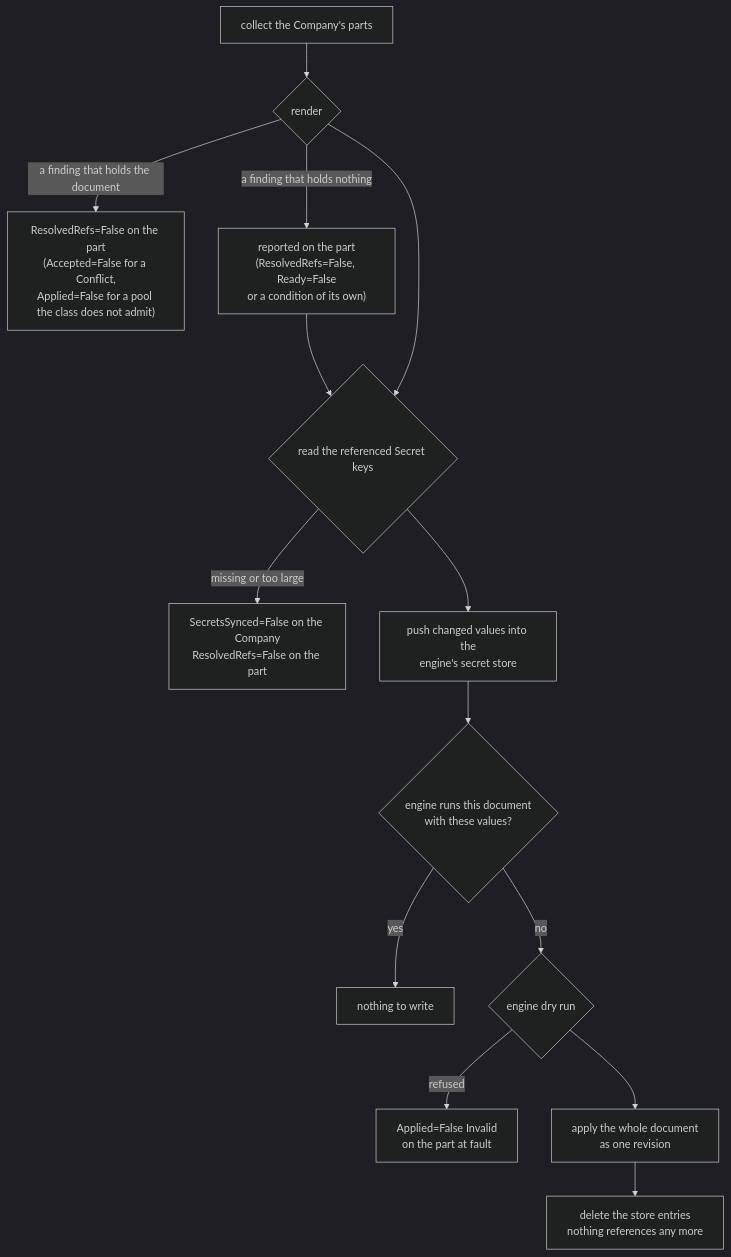
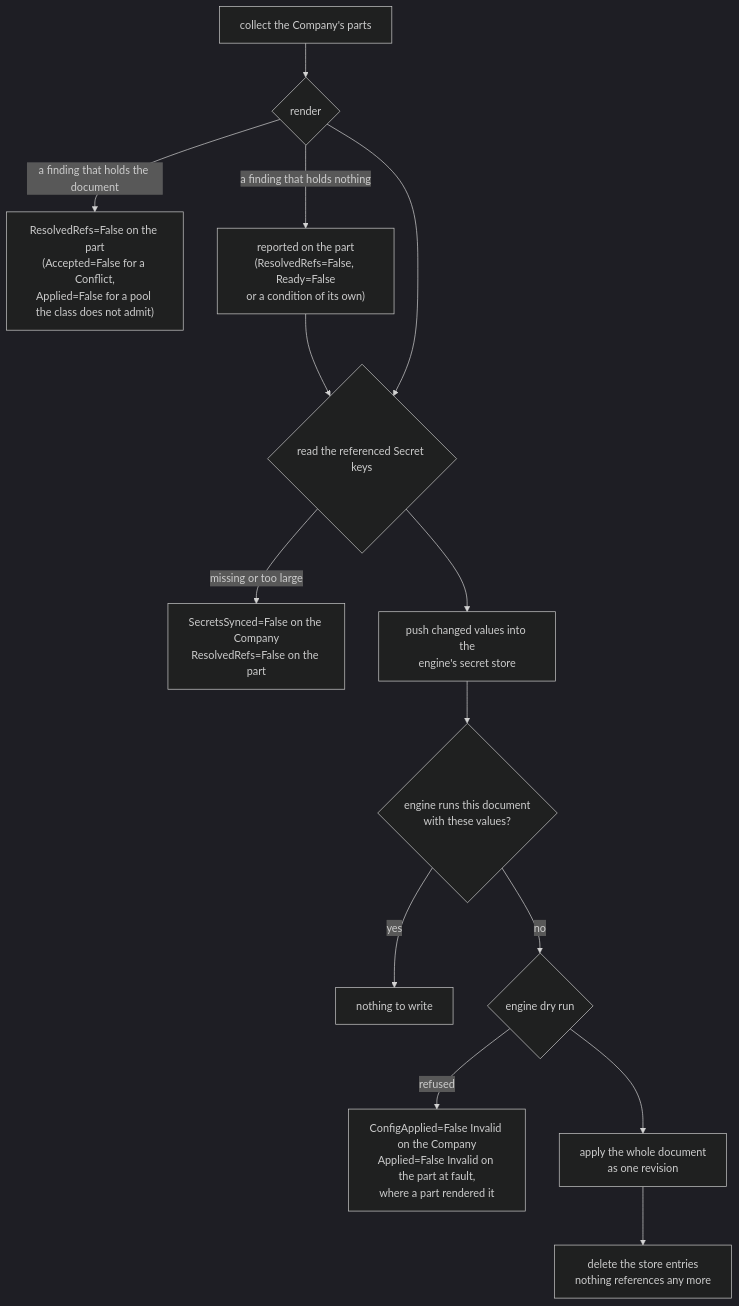
The first of 2 diagrams in docs/concepts/applying.md (crewlet/crewlet-operator), drawn with Mermaid (dark theme) before and after one commit. The commit also changed 2 other files, not shown here.

Commit message:
docs(docs): say a company's own place is reported on the company alone
When the engine's dry run refuses the rendered document, the operator
traces each problem's place back to the object that rendered it and
reports it there. The troubleshooting table, the company document page
and the applying flowchart all said every problem is also reported on
the object at fault as Applied=False Invalid. That holds for a part (a
Seat, Unit, LLMProvider, MCPServer, Integration or Schedule): the Company
is no part and has no Applied condition, so a problem at a place it
renders itself (its own fields, spec.embeddings, spec.sandbox and its
setup steps) is in its ConfigApplied=False Invalid message alone, which
carries every problem (configRun.invalid). A reader sent to look for an
Applied condition on the Company found none.

````diff
--- a/docs/concepts/applying.md
+++ b/docs/concepts/applying.md
@@ -57,16 +57,16 @@
 ```mermaid
 flowchart TD
     collect["collect the Company's parts"] --> rendered{"render"}
     rendered -- "a finding that holds the document" --> refs["ResolvedRefs=False on the part<br/>(Accepted=False for a Conflict,<br/>Applied=False for a pool the class does not admit)"]
     rendered -- "a finding that holds nothing" --> reported["reported on the part<br/>(ResolvedRefs=False, Ready=False<br/>or a condition of its own)"]
     reported --> secrets
     rendered --> secrets{"read the referenced Secret keys"}
     secrets -- "missing or too large" --> missing["SecretsSynced=False on the Company<br/>ResolvedRefs=False on the part"]
     secrets --> push["push changed values into the<br/>engine's secret store"]
     push --> same{"engine runs this document<br/>with these values?"}
     same -- yes --> done["nothing to write"]
     same -- no --> dry{"engine dry run"}
-    dry -- refused --> invalid["Applied=False Invalid<br/>on the part at fault"]
+    dry -- refused --> invalid["ConfigApplied=False Invalid on the Company<br/>Applied=False Invalid on the part at fault,<br/>where a part rendered it"]
     dry --> apply["apply the whole document<br/>as one revision"]
     apply --> gc["delete the store entries<br/>nothing references any more"]
 ```
````
